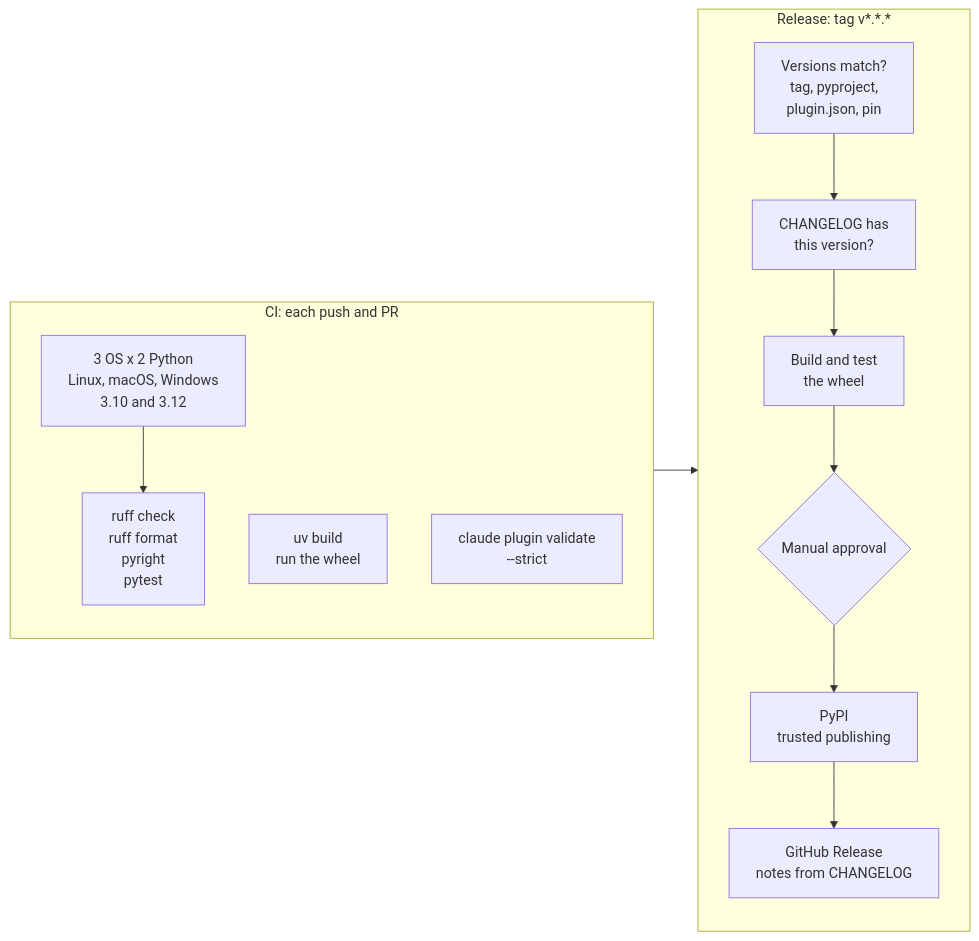
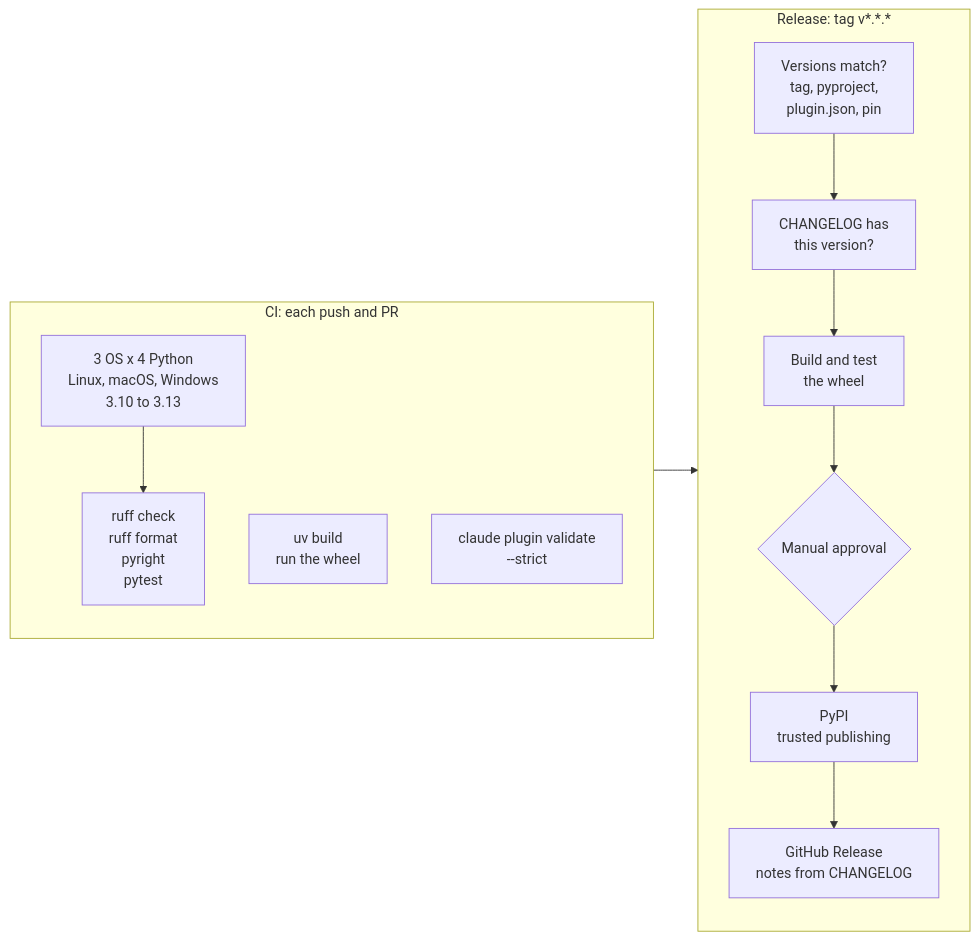
Before and after one commit to Rounak7721/slimproof: the eighth of 8 diagrams in docs/architecture.md, drawn with Mermaid. The commit also changed 4 other files, not shown here.

````diff
--- a/docs/architecture.md
+++ b/docs/architecture.md
@@ -358,16 +358,16 @@
 ```mermaid
 flowchart LR
     subgraph ci["CI: each push and PR"]
-        M["3 OS x 2 Python<br/>Linux, macOS, Windows<br/>3.10 and 3.12"] --> L["ruff check<br/>ruff format<br/>pyright<br/>pytest"]
+        M["3 OS x 4 Python<br/>Linux, macOS, Windows<br/>3.10 to 3.13"] --> L["ruff check<br/>ruff format<br/>pyright<br/>pytest"]
         BLD["uv build<br/>run the wheel"]
         PLG["claude plugin validate<br/>--strict"]
     end
     subgraph rel["Release: tag v*.*.*"]
         V["Versions match?<br/>tag, pyproject,<br/>plugin.json, pin"] --> CH["CHANGELOG has<br/>this version?"]
         CH --> B["Build and test<br/>the wheel"]
         B --> AP{"Manual approval"}
         AP --> PY["PyPI<br/>trusted publishing"]
         PY --> GH["GitHub Release<br/>notes from CHANGELOG"]
     end
     ci --> rel
 ```
````
